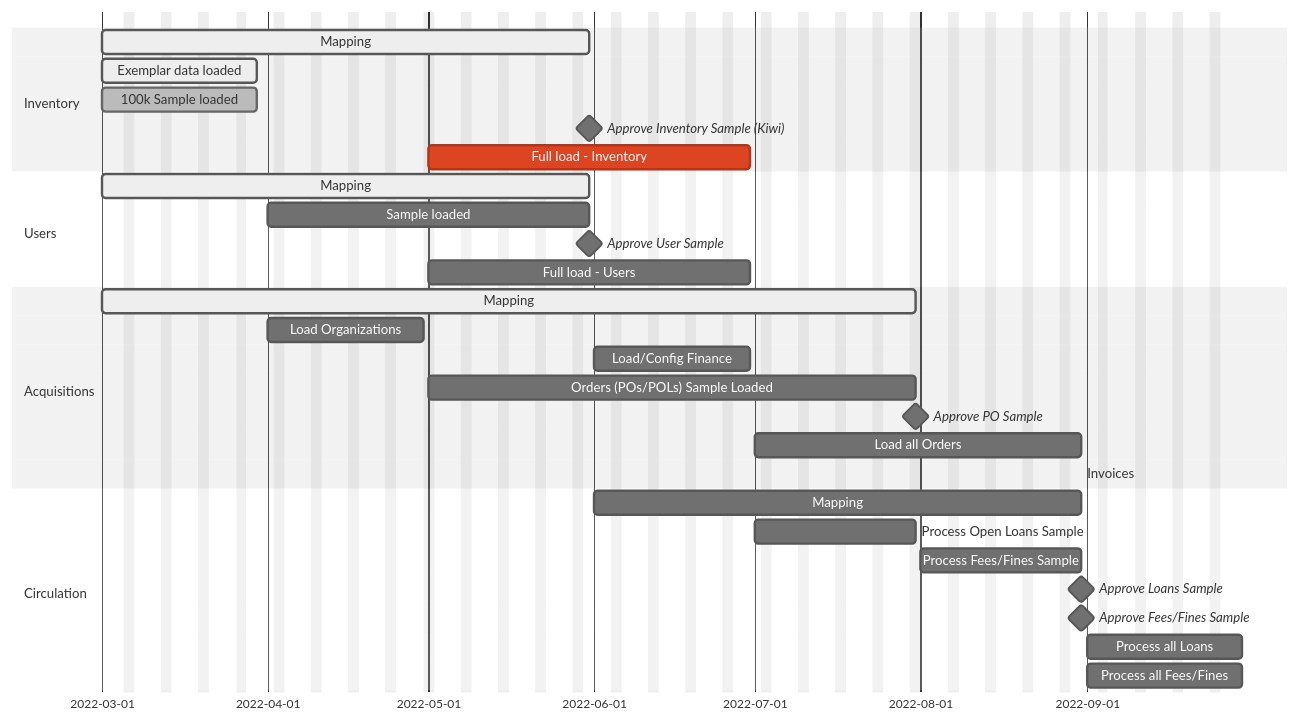
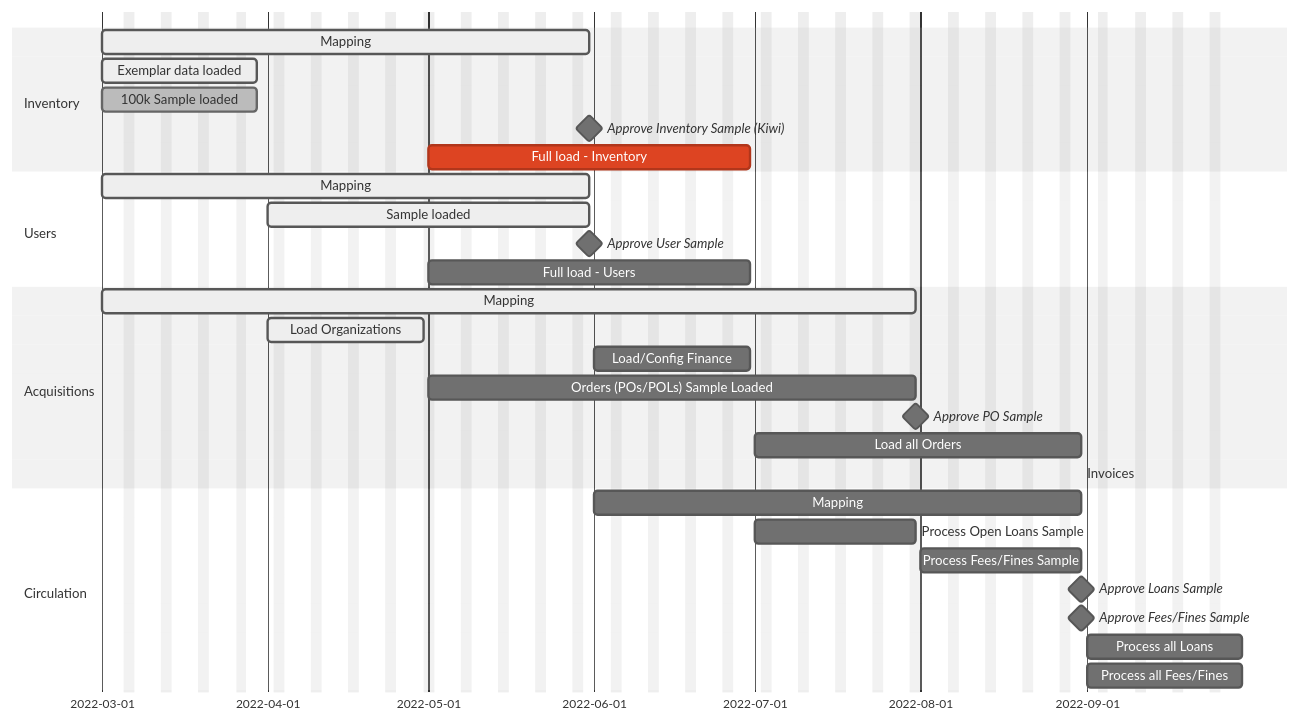
One commit to culibraries/folio changed the second of 2 diagrams in docs/admin/timelines.md. Above: the diagram before and after it, drawn with Mermaid (neutral theme). The commit also changed other lines of this file, not shown here.

Commit message:
Updated timelines for April.

````diff
--- a/docs/admin/timelines.md
+++ b/docs/admin/timelines.md
@@ -86,38 +86,38 @@
 ```{mermaid}
   gantt
       dateFormat  YYYY-MM-DD
       excludes  weekends
       axisFormat %Y-%m-%d
 
       section Inventory
       Mapping :active, 2022-03-01, 2022-05-31
       Exemplar data loaded :active, 2022-03-01, 2022-03-30
       100k Sample loaded :done, 2022-03-01, 2022-03-30
       Approve Inventory Sample (Kiwi) :milestone, 2022-05-31, 0d
       Full load - Inventory :crit, 2022-05-01, 2022-06-30
 
       section Users
       Mapping :active, 2022-03-01, 2022-05-31
-      Sample loaded :2022-04-01, 2022-05-31
+      Sample loaded :active, 2022-04-01, 2022-05-31
       Approve User Sample :milestone, 2022-05-31, 0d
       Full load - Users :2022-05-01, 2022-06-30
 
       section Acquisitions
       Mapping :active, 2022-03-01, 2022-07-31
-      Load Organizations :2022-04-01, 2022-04-30
+      Load Organizations :active, 2022-04-01, 2022-04-30
       Load/Config Finance :2022-06-01, 2022-06-30
       Orders (POs/POLs) Sample Loaded :2022-05-01, 2022-07-31
       Approve PO Sample :milestone, 2022-07-31, 0d
       Load all Orders :2022-07-01, 2022-08-31
       Invoices: 
 
       section Circulation
       Mapping :2022-06-01, 2022-08-31
       Process Open Loans Sample :2022-07-01, 2022-07-31
       Process Fees/Fines Sample :2022-08-01, 2022-08-31
       Approve Loans Sample :milestone, 2022-08-31
       Approve Fees/Fines Sample :milestone, 2022-09-31
       Process all Loans :2022-09-01, 2022-09-30
       Process all Fees/Fines :2022-09-01, 2022-09-30
 
 ```
````
